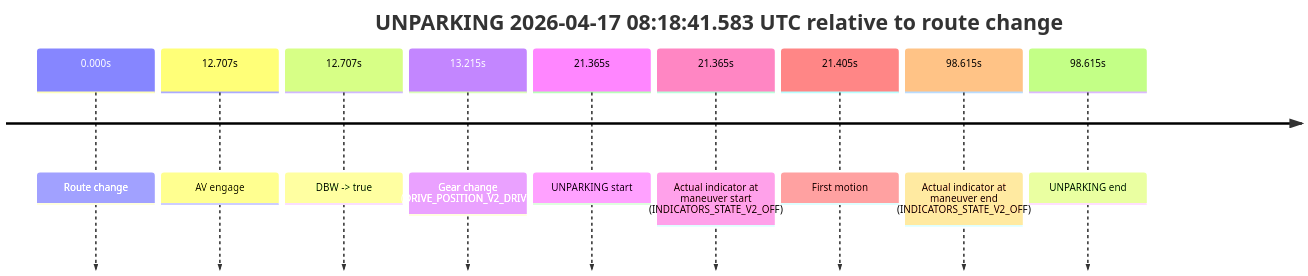
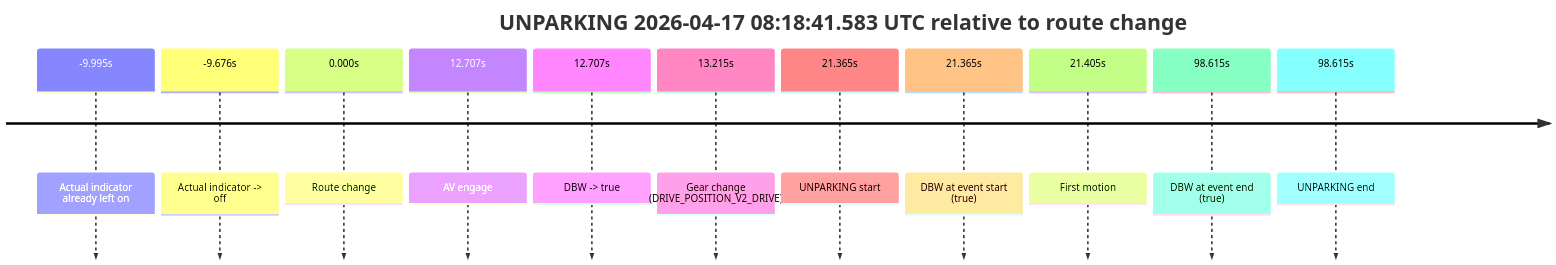
One commit to yoelshapiro/vault changed the sixth of 6 diagrams in model_analysis/report_cards/2026/04/Week-3/fme20002--2026-04-17--07-06-38--gen2-av-3bef8d86-b9d2-4e05-8cb5-d3d84412b357.md. Above: the diagram before and after it, drawn with Mermaid. The commit also changed other lines of this file and 85 other files, not shown here.

````diff
--- a/model_analysis/report_cards/2026/04/Week-3/fme20002--2026-04-17--07-06-38--gen2-av-3bef8d86-b9d2-4e05-8cb5-d3d84412b357.md
+++ b/model_analysis/report_cards/2026/04/Week-3/fme20002--2026-04-17--07-06-38--gen2-av-3bef8d86-b9d2-4e05-8cb5-d3d84412b357.md
@@ -456,13 +509,15 @@
 ```mermaid
 timeline
     title UNPARKING 2026-04-17 08:18:41.583 UTC relative to route change
+    -9.995s : Actual indicator already left on
+    -9.676s : Actual indicator -> off
     0.000s : Route change
     12.707s : AV engage
     12.707s : DBW -> true
     13.215s : Gear change (DRIVE_POSITION_V2_DRIVE)
     21.365s : UNPARKING start
-    21.365s : Actual indicator at maneuver start (INDICATORS_STATE_V2_OFF)
+    21.365s : DBW at event start (true)
     21.405s : First motion
-    98.615s : Actual indicator at maneuver end (INDICATORS_STATE_V2_OFF)
+    98.615s : DBW at event end (true)
     98.615s : UNPARKING end
 ```
````
